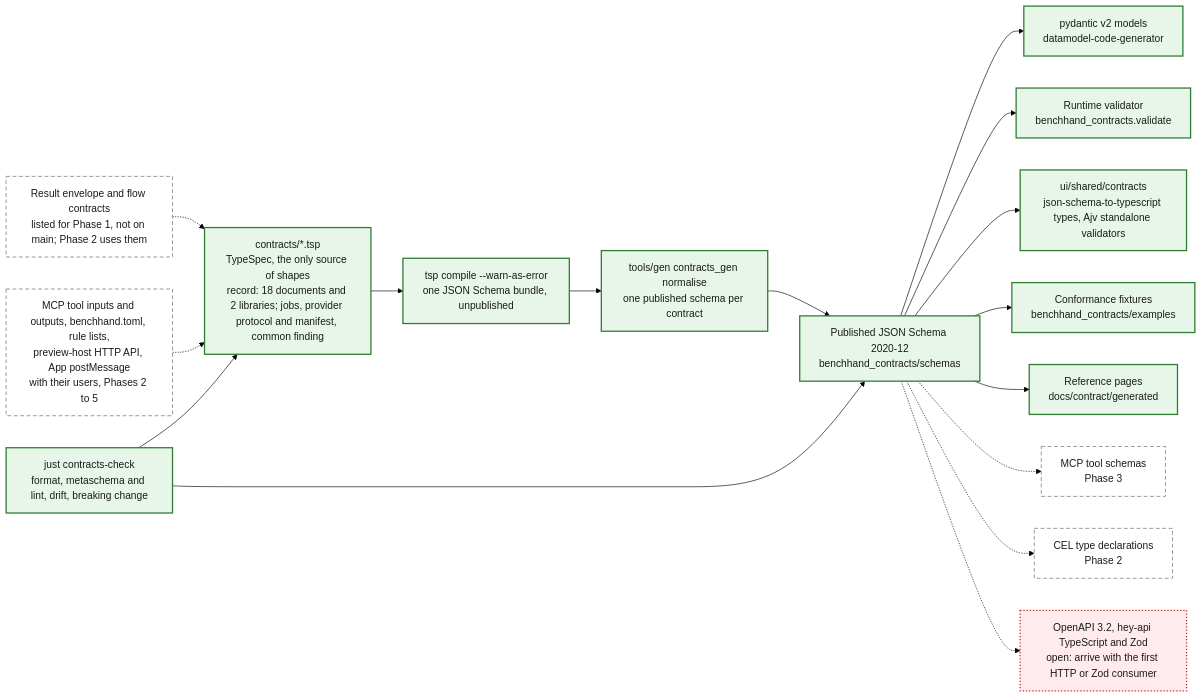
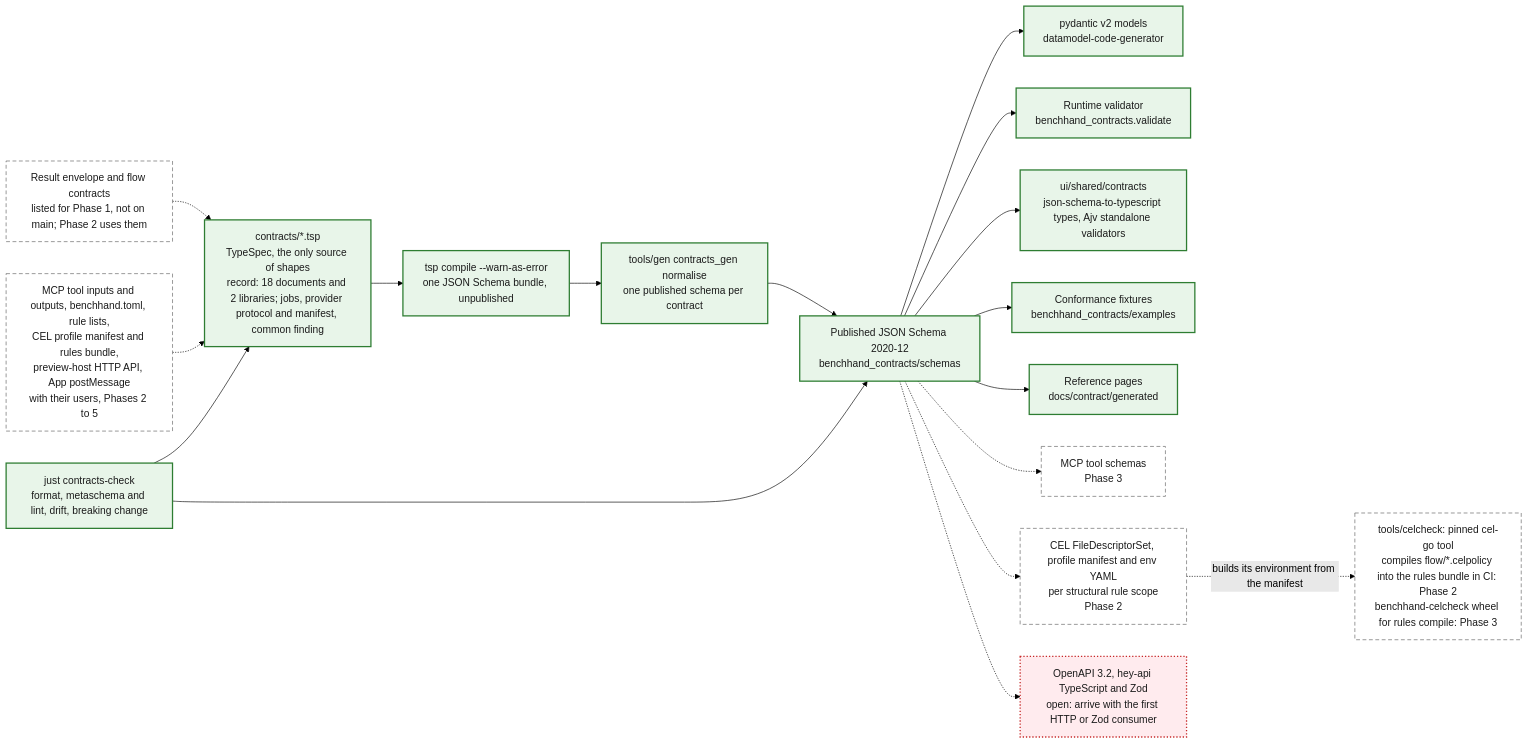
Before and after one commit to benchhand/benchhand-next: the third of 3 diagrams in docs/architecture/containers.md, drawn with Mermaid (forest theme). The commit also changed other lines of this file and 1 other file, not shown here.

Commit message:
docs(architecture): CEL profile, cel-go tool and rules bundle in containers; standalone CEL checked at load in flow (ADR-0020)

````diff
--- a/docs/architecture/containers.md
+++ b/docs/architecture/containers.md
@@ -136,39 +136,41 @@
 ```mermaid
 flowchart LR
   tsp["contracts/*.tsp<br/>TypeSpec, the only source of shapes<br/>record: 18 documents and 2 libraries; jobs, provider protocol and manifest, common finding"]:::impl
   missing["Result envelope and flow contracts<br/>listed for Phase 1, not on main; Phase 2 uses them"]:::planned
-  later["MCP tool inputs and outputs, benchhand.toml, rule lists,<br/>preview-host HTTP API, App postMessage<br/>with their users, Phases 2 to 5"]:::planned
+  later["MCP tool inputs and outputs, benchhand.toml, rule lists,<br/>CEL profile manifest and rules bundle,<br/>preview-host HTTP API, App postMessage<br/>with their users, Phases 2 to 5"]:::planned
   bundle["tsp compile --warn-as-error<br/>one JSON Schema bundle, unpublished"]:::impl
   normalise["tools/gen contracts_gen normalise<br/>one published schema per contract"]:::impl
   published["Published JSON Schema 2020-12<br/>benchhand_contracts/schemas"]:::impl
   pydantic["pydantic v2 models<br/>datamodel-code-generator"]:::impl
   validator["Runtime validator<br/>benchhand_contracts.validate"]:::impl
   tsTypes["ui/shared/contracts<br/>json-schema-to-typescript types, Ajv standalone validators"]:::impl
   fixtures["Conformance fixtures<br/>benchhand_contracts/examples"]:::impl
   docs["Reference pages<br/>docs/contract/generated"]:::impl
   toolSchemas["MCP tool schemas<br/>Phase 3"]:::planned
-  celTypes["CEL type declarations<br/>Phase 2"]:::planned
+  celTypes["CEL FileDescriptorSet, profile manifest and env YAML<br/>per structural rule scope<br/>Phase 2"]:::planned
+  celcheck["tools/celcheck: pinned cel-go tool<br/>compiles flow/*.celpolicy into the rules bundle in CI: Phase 2<br/>benchhand-celcheck wheel for rules compile: Phase 3"]:::planned
   openapi["OpenAPI 3.2, hey-api TypeScript and Zod<br/>open: arrive with the first HTTP or Zod consumer"]:::open
   ci["just contracts-check<br/>format, metaschema and lint, drift, breaking change"]:::impl
 
   tsp --> bundle --> normalise --> published
   missing -.-> tsp
   later -.-> tsp
   published --> pydantic
   published --> validator
   published --> tsTypes
   published --> fixtures
   published --> docs
   published -.-> toolSchemas
   published -.-> celTypes
+  celTypes -.->|"builds its environment from the manifest"| celcheck
   published -.-> openapi
   ci --> tsp
   ci --> published
 
   classDef impl fill:#e8f5e9,stroke:#2e7d32,stroke-width:2px,color:#1b1b1b
   classDef review fill:#fff3e0,stroke:#e65100,stroke-width:2px,stroke-dasharray:6 4,color:#1b1b1b
   classDef planned fill:#ffffff,stroke:#616161,stroke-width:1px,stroke-dasharray:6 4,color:#1b1b1b
   classDef open fill:#ffebee,stroke:#c62828,stroke-width:2px,stroke-dasharray:2 3,color:#1b1b1b
   classDef ext fill:#eceff1,stroke:#37474f,stroke-width:1px,color:#1b1b1b
   classDef person fill:#e3f2fd,stroke:#1565c0,stroke-width:2px,color:#1b1b1b
 ```
````
